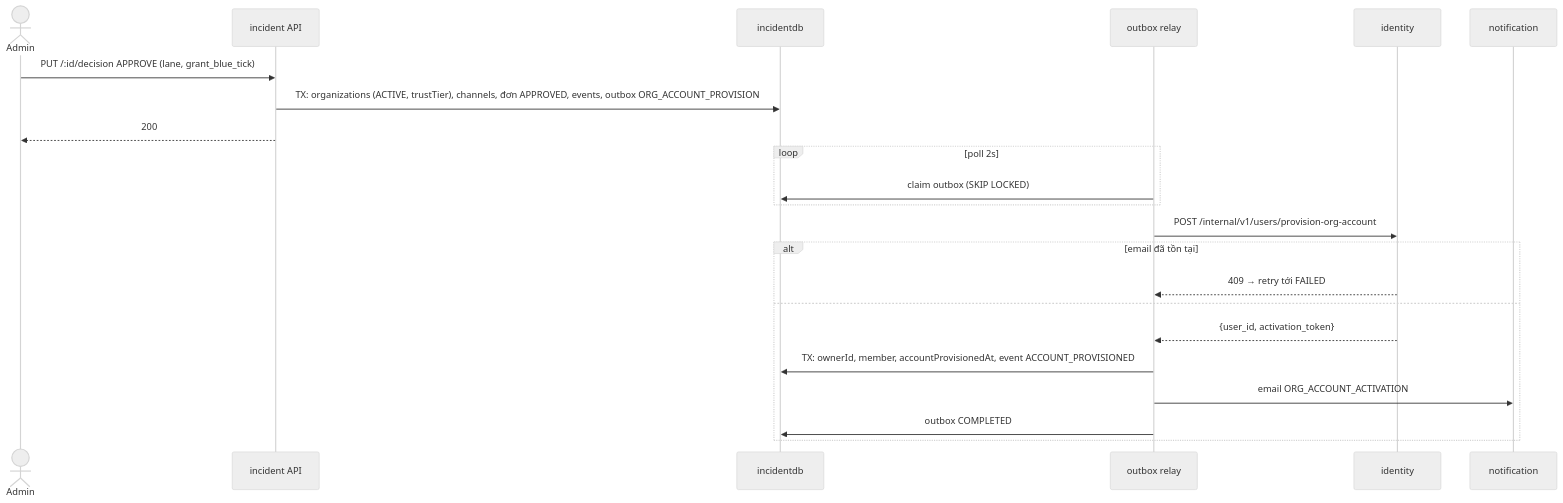
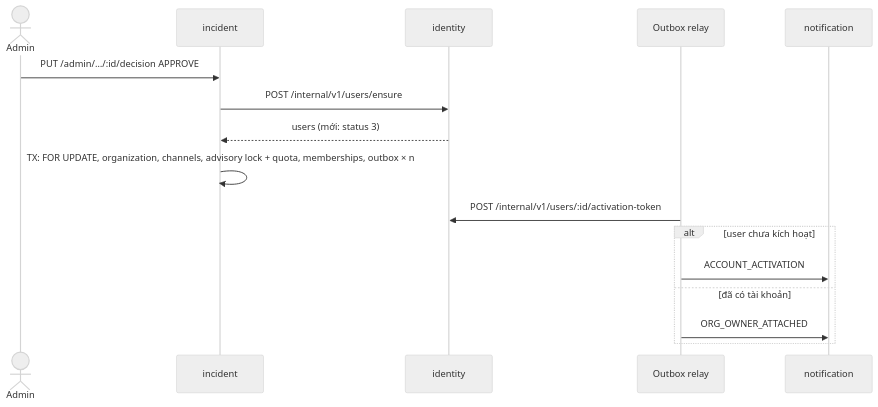
The eighth of 24 diagrams in 02-business-flows.md (DOAN2-UQT-KN/ecolink-docs), drawn with Mermaid (neutral theme) before and after one commit. The commit also changed other lines of this file and 10 other files, not shown here.

Commit message:
docs: multi-owner organization registration flow

````diff
--- a/02-business-flows.md
+++ b/02-business-flows.md
@@ -408,24 +343,18 @@
 ```mermaid
 sequenceDiagram
   actor A as Admin
-  participant INC as incident API
-  participant DB as incidentdb
-  participant RL as outbox relay
+  participant INC as incident
   participant ID as identity
+  participant RL as Outbox relay
   participant NS as notification
-  A->>INC: PUT /:id/decision APPROVE (lane, grant_blue_tick)
-  INC->>DB: TX: organizations (ACTIVE, trustTier), channels, đơn APPROVED, events, outbox ORG_ACCOUNT_PROVISION
-  INC-->>A: 200
-  loop poll 2s
-    RL->>DB: claim outbox (SKIP LOCKED)
-  end
-  RL->>ID: POST /internal/v1/users/provision-org-account
-  alt email đã tồn tại
-    ID-->>RL: 409 → retry tới FAILED
-  else
-    ID-->>RL: {user_id, activation_token}
-    RL->>DB: TX: ownerId, member, accountProvisionedAt, event ACCOUNT_PROVISIONED
-    RL->>NS: email ORG_ACCOUNT_ACTIVATION
-    RL->>DB: outbox COMPLETED
+  A->>INC: PUT /admin/…/:id/decision APPROVE
+  INC->>ID: POST /internal/v1/users/ensure
+  ID-->>INC: users (mới: status 3)
+  INC->>INC: TX: FOR UPDATE, organization, channels, advisory lock + quota, memberships, outbox × n
+  RL->>ID: POST /internal/v1/users/:id/activation-token
+  alt user chưa kích hoạt
+    RL->>NS: ACCOUNT_ACTIVATION
+  else đã có tài khoản
+    RL->>NS: ORG_OWNER_ATTACHED
   end
 ```
````
